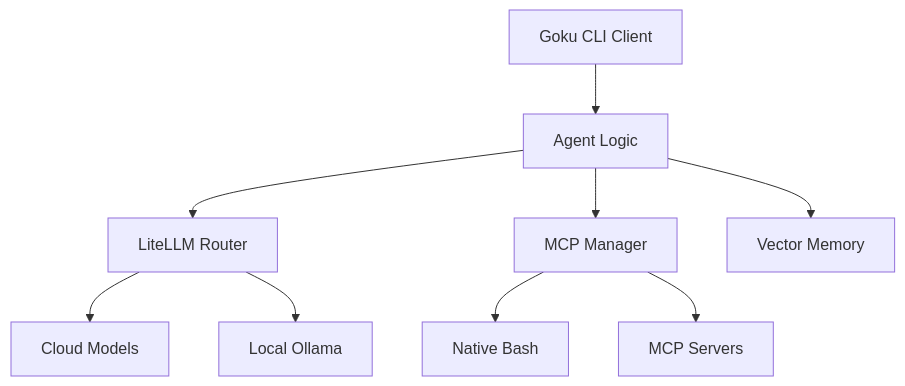
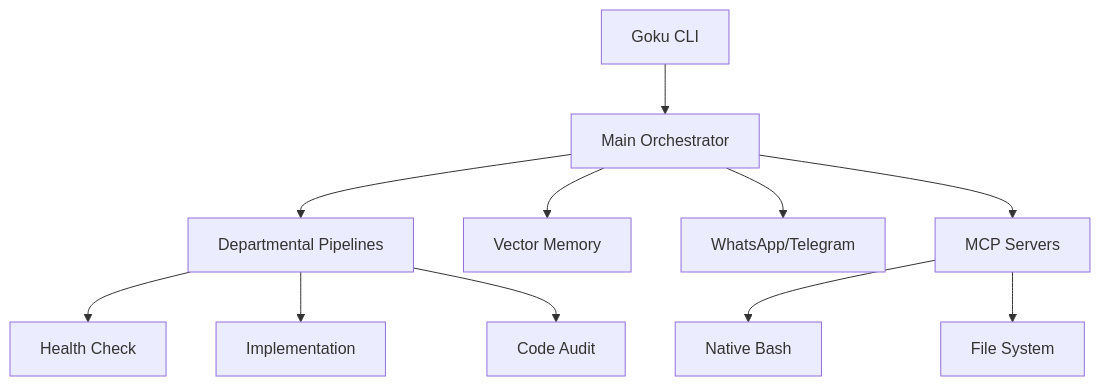
One commit to elvisthebuilder/gokuu changed the diagram in README.md. Above: the diagram before and after it, drawn with Mermaid. The commit also changed other lines of this file and 65 other files, not shown here.

````diff
--- a/README.md
+++ b/README.md
@@ -13,12 +13,15 @@
 ```mermaid
 graph TD
-    CLI[Goku CLI Client] --> Agent[Agent Logic]
-    Agent --> LiteLLM[LiteLLM Router]
-    Agent --> MCP[MCP Manager]
+    CLI[Goku CLI] --> Agent[Main Orchestrator]
+    Agent --> DEF[Departmental Pipelines]
     Agent --> Memory[Vector Memory]
+    Agent --> Channel[WhatsApp/Telegram]
     
-    LiteLLM --> Cloud[Cloud Models]
-    LiteLLM --> Local[Local Ollama]
+    DEF --> Health[Health Check]
+    DEF --> Implement[Implementation]
+    DEF --> Audit[Code Audit]
+    
+    Agent --> MCP[MCP Servers]
     MCP --> Bash[Native Bash]
-    MCP --> External[MCP Servers]
+    MCP --> Files[File System]
 ```
````
